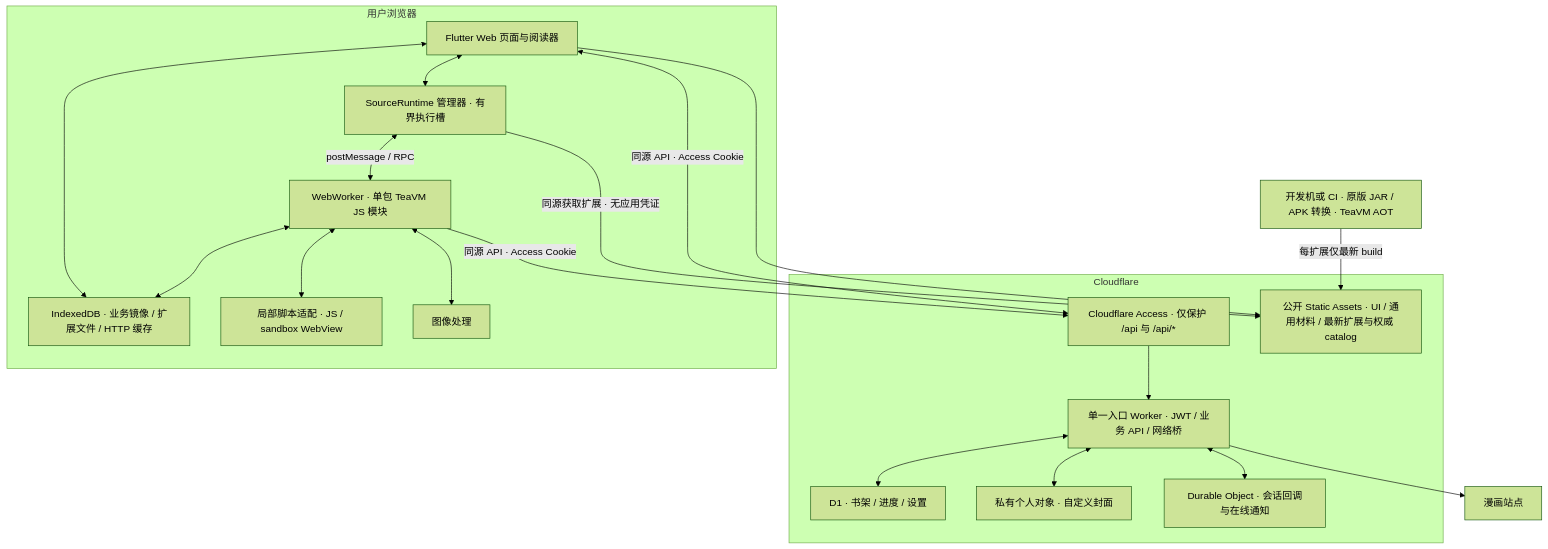
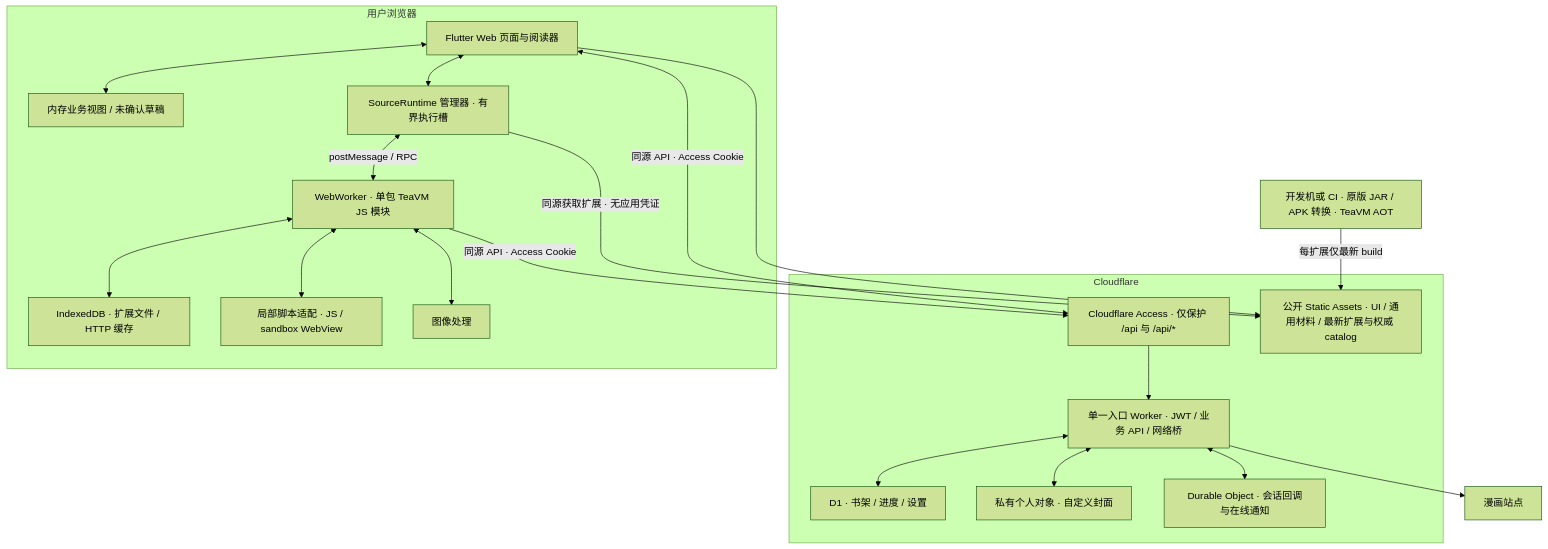
One commit to Wybxc/karuyomi changed the diagram in docs/design/mihon-web-design.md. Above: the diagram before and after it, drawn with Mermaid (forest theme). The commit also changed other lines of this file and 15 other files, not shown here.

````diff
--- a/docs/design/mihon-web-design.md
+++ b/docs/design/mihon-web-design.md
@@ -81,36 +83,37 @@
 ```mermaid
 flowchart TB
   Build[开发机或 CI · 原版 JAR / APK 转换 · TeaVM AOT]
   subgraph Browser[用户浏览器]
     UI[Flutter Web 页面与阅读器]
-    Local[IndexedDB · 业务镜像 / 扩展文件 / HTTP 缓存]
+    Local[IndexedDB · 扩展文件 / HTTP 缓存]
+    State[内存业务视图 / 未确认草稿]
     Runtime[SourceRuntime 管理器 · 有界执行槽]
     Tea[WebWorker · 单包 TeaVM JS 模块]
     Scripts[局部脚本适配 · JS / sandbox WebView]
     Images[图像处理]
-    UI <--> Local
+    UI <--> State
     UI <--> Runtime
     Runtime <-->|postMessage / RPC| Tea
     Tea <--> Local
     Tea <--> Scripts
     Tea <--> Images
   end
   subgraph CF[Cloudflare]
     Access[Cloudflare Access · 仅保护 /api 与 /api/*]
     App[单一入口 Worker · JWT / 业务 API / 网络桥]
     DO[Durable Object · 会话回调与在线通知]
     DB[D1 · 书架 / 进度 / 设置]
     R2[私有个人对象 · 自定义封面]
     Assets[公开 Static Assets · UI / 通用材料 / 最新扩展与权威 catalog]
     Access --> App
     App <--> DB
     App <--> R2
     App <--> DO
   end
   UI <-->|同源 API · Access Cookie| Access
   UI --> Assets
   Build -->|每扩展仅最新 build| Assets
   Runtime -->|同源获取扩展 · 无应用凭证| Assets
   Tea -->|同源 API · Access Cookie| Access
   App --> Sites[漫画站点]
 ```
````
